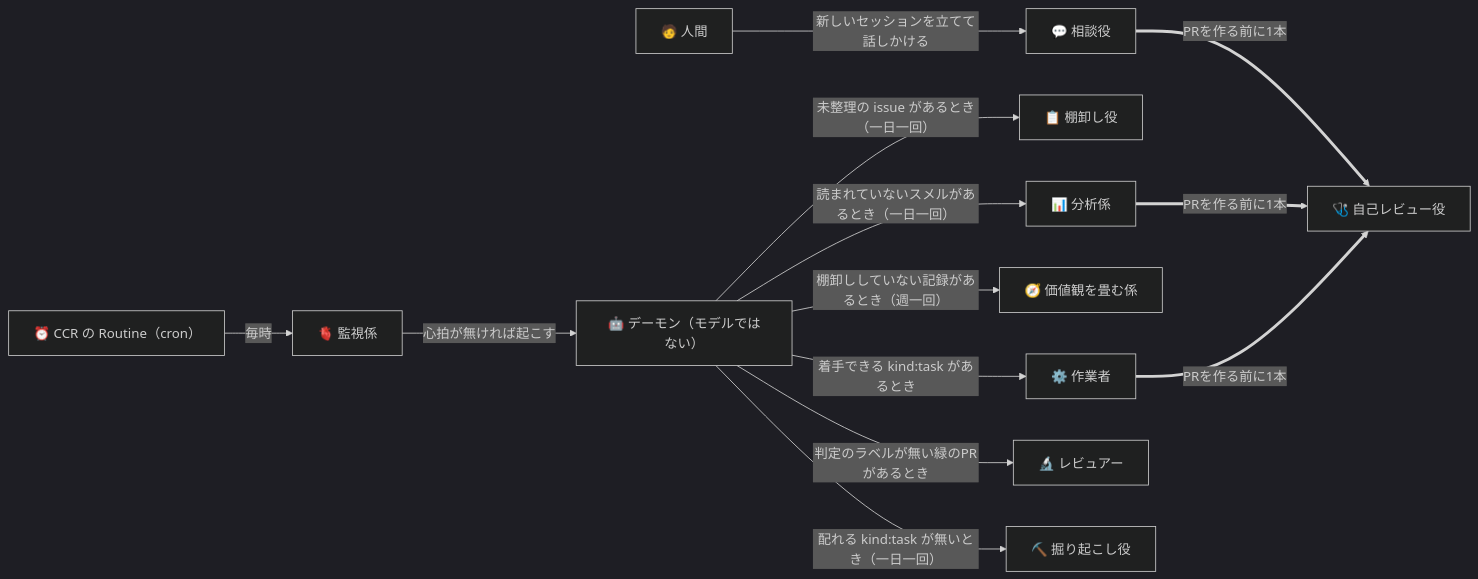
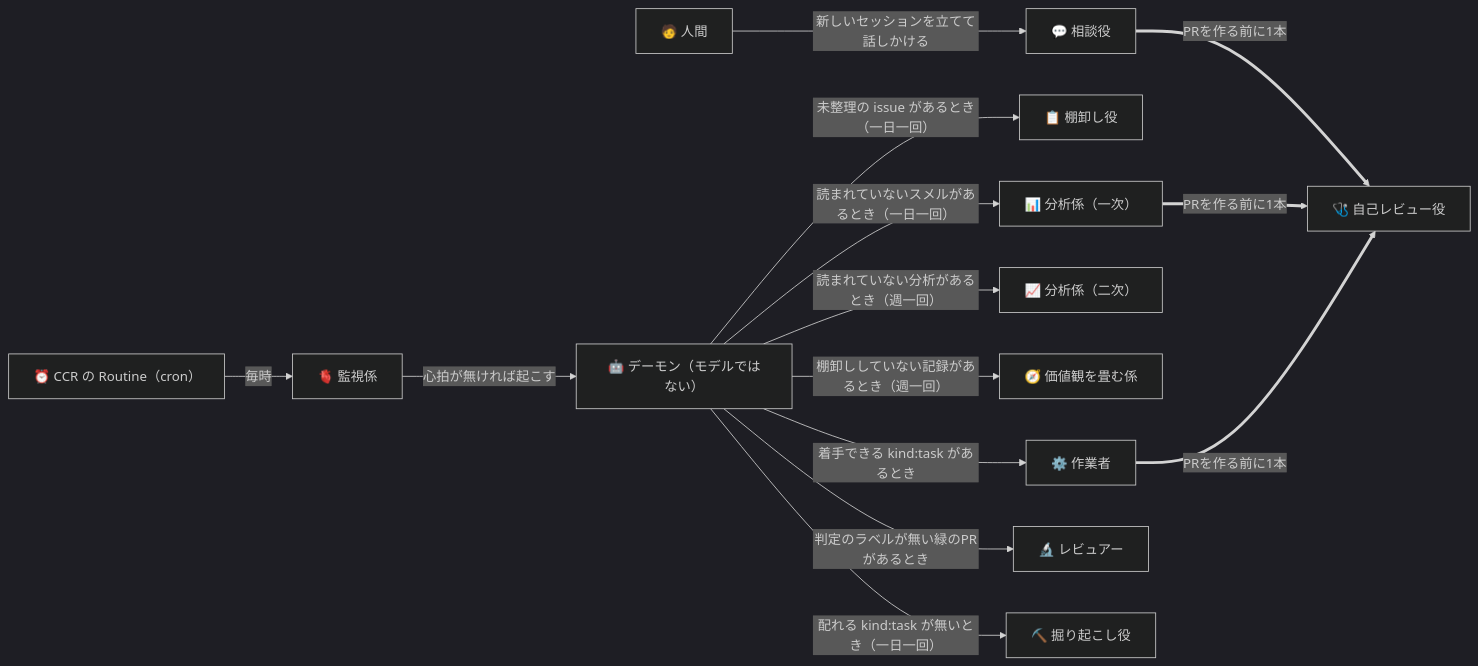
Before and after one commit to gooyyu1/UnmappedIsland: the first of 5 diagrams in docs/ParallelAgents.md, drawn with Mermaid (dark theme). The commit also changed other lines of this file and 10 other files, not shown here.

````diff
--- a/docs/ParallelAgents.md
+++ b/docs/ParallelAgents.md
@@ -28,28 +28,30 @@
 ```mermaid
 flowchart LR
     Human["🧑 人間"]
     Cron["⏰ CCR の Routine（cron）"]
     Watch["🫀 監視係"]
     Daemon["🤖 デーモン（モデルではない）"]
     Adviser["💬 相談役"]
     Triage["📋 棚卸し役"]
-    Analysis["📊 分析係"]
+    Analysis["📊 分析係（一次）"]
+    Trend["📈 分析係（二次）"]
     Policy["🧭 価値観を畳む係"]
     Reviewer["🔬 レビュアー"]
     Worker["⚙️ 作業者"]
     SelfReview["🩺 自己レビュー役"]
     Digger["⛏️ 掘り起こし役"]
 
     Human -->|"新しいセッションを立てて話しかける"| Adviser
     Cron -->|"毎時"| Watch
     Watch -->|"心拍が無ければ起こす"| Daemon
     Daemon -->|"未整理の issue があるとき（一日一回）"| Triage
     Daemon -->|"読まれていないスメルがあるとき（一日一回）"| Analysis
+    Daemon -->|"読まれていない分析があるとき（週一回）"| Trend
     Daemon -->|"棚卸ししていない記録があるとき（週一回）"| Policy
     Daemon -->|"着手できる kind:task があるとき"| Worker
     Daemon -->|"判定のラベルが無い緑のPRがあるとき"| Reviewer
     Daemon -->|"配れる kind:task が無いとき（一日一回）"| Digger
     Worker ==>|"PRを作る前に1本"| SelfReview
     Analysis ==>|"PRを作る前に1本"| SelfReview
     Adviser ==>|"PRを作る前に1本"| SelfReview
 ```
````
